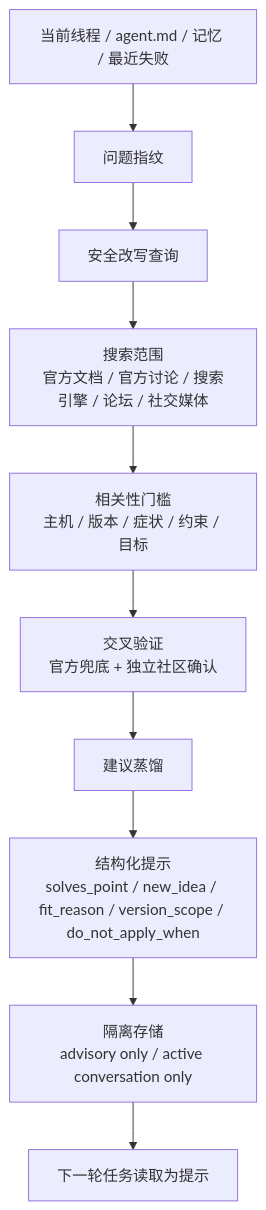
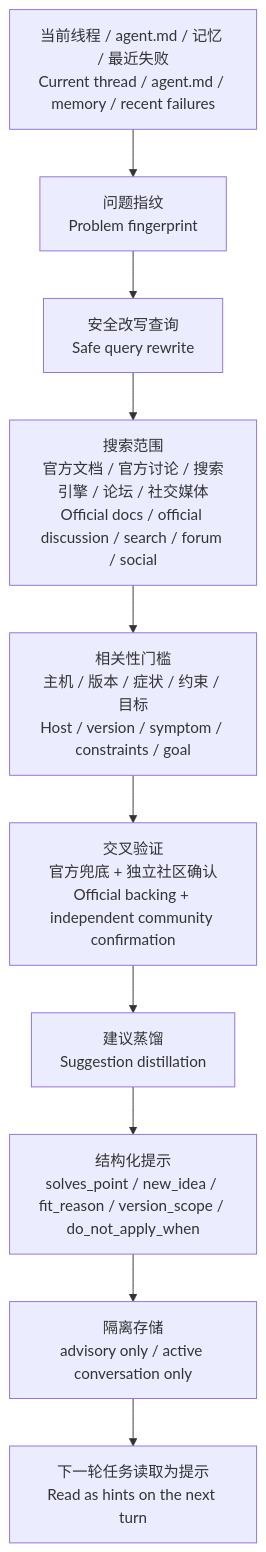
Before and after one commit to gongyu0918-debug/agent-compute-mesh: the diagram in README.md, drawn with Mermaid. The commit also changed other lines of this file and 4 other files, not shown here.

````diff
--- a/README.md
+++ b/README.md
@@ -17,12 +22,12 @@
 ```mermaid
 flowchart TD
-    A["当前线程 / agent.md / 记忆 / 最近失败"] --> B["问题指纹"]
-    B --> C["安全改写查询"]
-    C --> D["搜索范围<br/>官方文档 / 官方讨论 / 搜索引擎 / 论坛 / 社交媒体"]
-    D --> E["相关性门槛<br/>主机 / 版本 / 症状 / 约束 / 目标"]
-    E --> F["交叉验证<br/>官方兜底 + 独立社区确认"]
-    F --> G["建议蒸馏"]
+    A["当前线程 / agent.md / 记忆 / 最近失败<br/>Current thread / agent.md / memory / recent failures"] --> B["问题指纹<br/>Problem fingerprint"]
+    B --> C["安全改写查询<br/>Safe query rewrite"]
+    C --> D["搜索范围<br/>官方文档 / 官方讨论 / 搜索引擎 / 论坛 / 社交媒体<br/>Official docs / official discussion / search / forum / social"]
+    D --> E["相关性门槛<br/>主机 / 版本 / 症状 / 约束 / 目标<br/>Host / version / symptom / constraints / goal"]
+    E --> F["交叉验证<br/>官方兜底 + 独立社区确认<br/>Official backing + independent community confirmation"]
+    F --> G["建议蒸馏<br/>Suggestion distillation"]
     G --> H["结构化提示<br/>solves_point / new_idea / fit_reason / version_scope / do_not_apply_when"]
     H --> I["隔离存储<br/>advisory only / active conversation only"]
-    I --> J["下一轮任务读取为提示"]
+    I --> J["下一轮任务读取为提示<br/>Read as hints on the next turn"]
 ```
````
